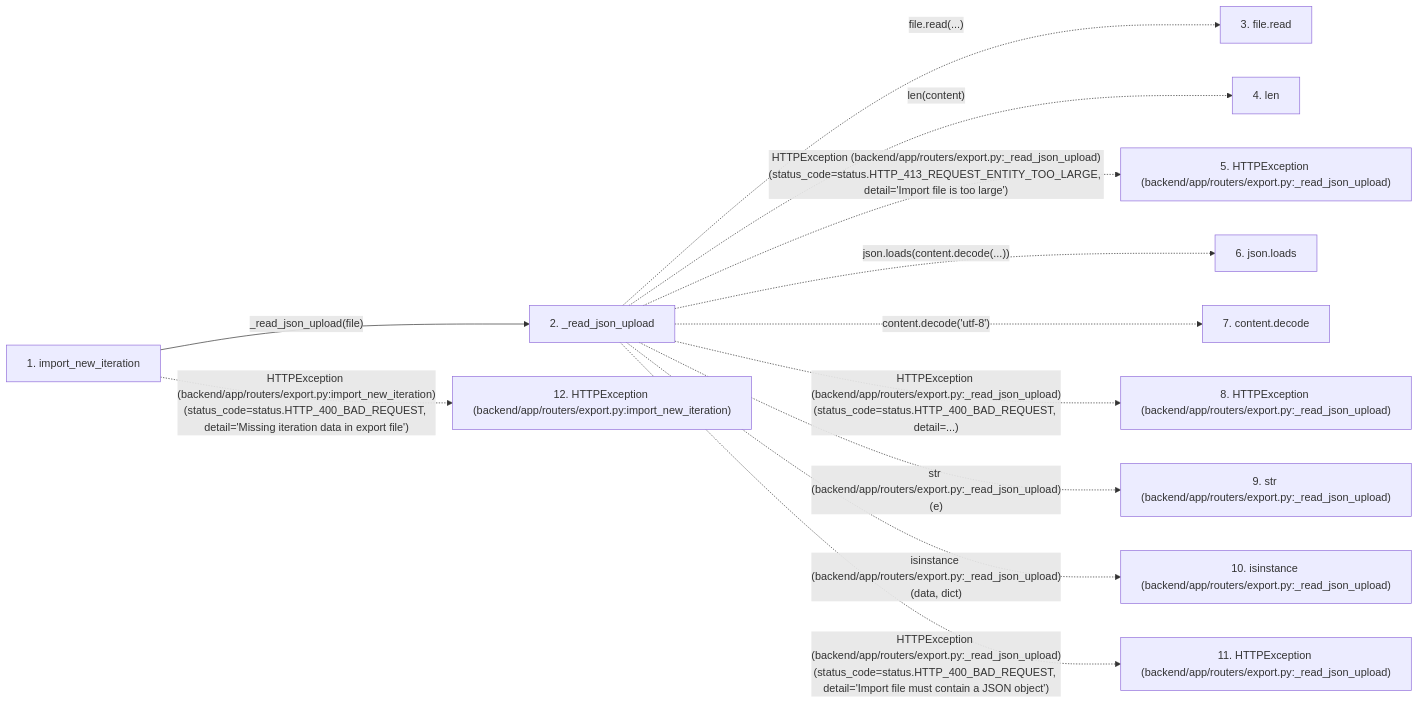
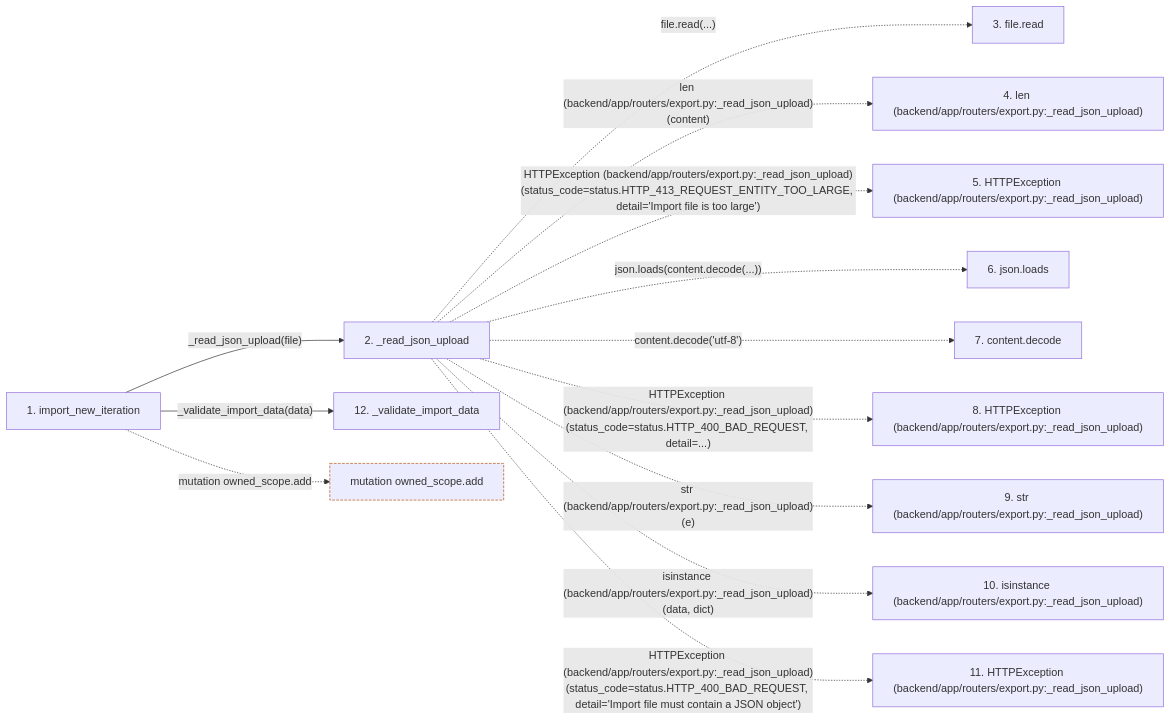
One commit to Denissvgn/WorkChord changed the second of 2 diagrams in docs/llm_wiki/flows/http-import_new_iteration.md. Above: the diagram before and after it, drawn with Mermaid. The commit also changed other lines of this file and 10148 other files, not shown here.

````diff
--- a/docs/llm_wiki/flows/http-import_new_iteration.md
+++ b/docs/llm_wiki/flows/http-import_new_iteration.md
@@ -85,28 +93,33 @@
 ```mermaid
 flowchart LR
     s1["1. import_new_iteration"]
     s2["2. _read_json_upload"]
     s3["3. file.read"]
-    s4["4. len"]
+    s4["4. len (backend/app/routers/export.py:_read_json_upload)"]
     s5["5. HTTPException (backend/app/routers/export.py:_read_json_upload)"]
     s6["6. json.loads"]
     s7["7. content.decode"]
     s8["8. HTTPException (backend/app/routers/export.py:_read_json_upload)"]
     s9["9. str (backend/app/routers/export.py:_read_json_upload)"]
     s10["10. isinstance (backend/app/routers/export.py:_read_json_upload)"]
     s11["11. HTTPException (backend/app/routers/export.py:_read_json_upload)"]
-    s12["12. HTTPException (backend/app/routers/export.py:import_new_iteration)"]
+    s12["12. _validate_import_data"]
     s1 -->|"_read_json_upload(file)"| s2
     s2 -. "file.read(...)" .-> s3
-    s2 -. "len(content)" .-> s4
+    s2 -. "len (backend/app/routers/export.py:_read_json_upload)(content)" .-> s4
     s2 -. "HTTPException (backend/app/routers/export.py:_read_json_upload)(status_code=status.HTTP_413_REQUEST_ENTITY_TOO_LARGE, detail='Import file is too large')" .-> s5
     s2 -. "json.loads(content.decode(...))" .-> s6
     s2 -. "content.decode('utf-8')" .-> s7
     s2 -. "HTTPException (backend/app/routers/export.py:_read_json_upload)(status_code=status.HTTP_400_BAD_REQUEST, detail=...)" .-> s8
     s2 -. "str (backend/app/routers/export.py:_read_json_upload)(e)" .-> s9
     s2 -. "isinstance (backend/app/routers/export.py:_read_json_upload)(data, dict)" .-> s10
     s2 -. "HTTPException (backend/app/routers/export.py:_read_json_upload)(status_code=status.HTTP_400_BAD_REQUEST, detail='Import file must contain a JSON object')" .-> s11
-    s1 -. "HTTPException (backend/app/routers/export.py:import_new_iteration)(status_code=status.HTTP_400_BAD_REQUEST, detail='Missing iteration data in export file')" .-> s12
+    s1 -->|"_validate_import_data(data)"| s12
+    b0["mutation owned_scope.add"]
+    s1 -. "mutation owned_scope.add" .-> b0
     click s1 "../modules/export.md"
     click s2 "../modules/export.md"
+    click s12 "../modules/export.md"
+    classDef boundary stroke:#b45309,stroke-dasharray: 4 2
+    class b0 boundary
 ```
````
